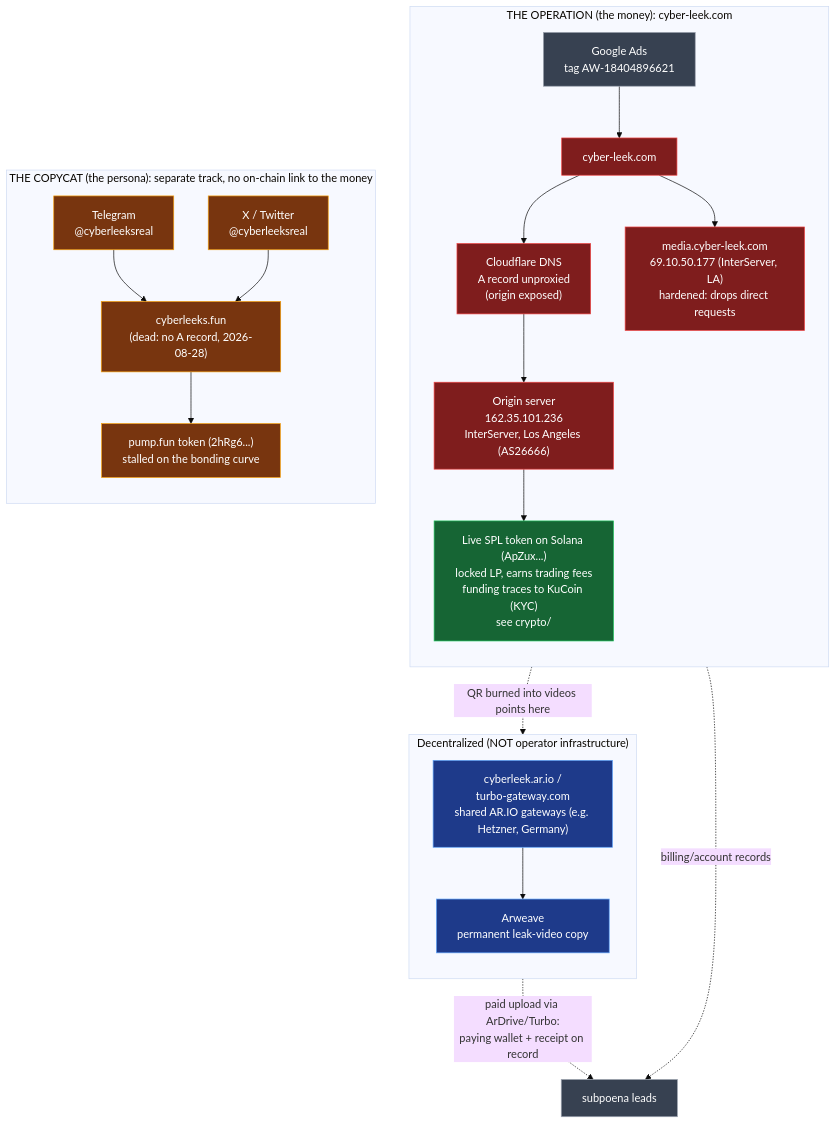
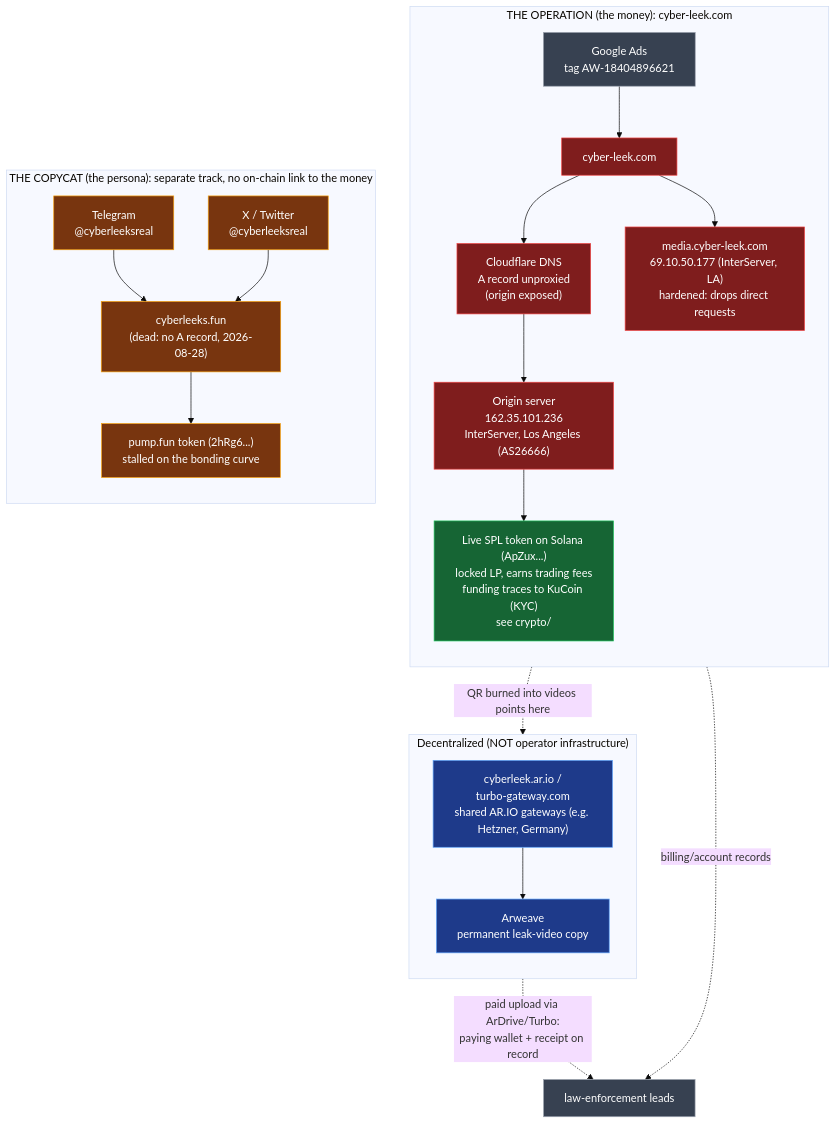
One commit to deepwoodssec/FollowTheLeek changed the diagram in infrastructure/README.md. Above: the diagram before and after it, drawn with Mermaid (base theme). The commit also changed other lines of this file and 1 other file, not shown here.

Commit message:
repo: align remaining loose 'subpoena' shorthand with the law-enforcement/records-request framing

````diff
--- a/infrastructure/README.md
+++ b/infrastructure/README.md
@@ -188,38 +188,38 @@
 ```mermaid
 flowchart TD
     subgraph OP["THE OPERATION (the money): cyber-leek.com"]
       direction TB
       ADS["Google Ads<br/>tag AW-18404896621"] --> DOM["cyber-leek.com"]
       DOM --> CF["Cloudflare DNS<br/>A record unproxied<br/>(origin exposed)"]
       CF --> ORIG["Origin server<br/>162.35.101.236<br/>InterServer, Los Angeles (AS26666)"]
       DOM --> MED["media.cyber-leek.com<br/>69.10.50.177 (InterServer, LA)<br/>hardened: drops direct requests"]
       ORIG --> TOK["Live SPL token on Solana (ApZux...)<br/>locked LP, earns trading fees<br/>funding traces to KuCoin (KYC)<br/>see crypto/"]
     end
 
     subgraph COPY["THE COPYCAT (the persona): separate track, no on-chain link to the money"]
       direction TB
       TG["Telegram<br/>@cyberleeksreal"] --> FUN["cyberleeks.fun<br/>(dead: no A record, 2026-08-28)"]
       XX["X / Twitter<br/>@cyberleeksreal"] --> FUN
       FUN --> PUMP["pump.fun token (2hRg6...)<br/>stalled on the bonding curve"]
     end
 
     subgraph NEU["Decentralized (NOT operator infrastructure)"]
       direction TB
       GW["cyberleek.ar.io /<br/>turbo-gateway.com<br/>shared AR.IO gateways (e.g. Hetzner, Germany)"] --> ARW["Arweave<br/>permanent leak-video copy"]
     end
 
     MED -. "QR burned into videos points here" .-> GW
-    ORIG -. "billing/account records" .-> LEAD["subpoena leads"]
+    ORIG -. "billing/account records" .-> LEAD["law-enforcement leads"]
     ARW -. "paid upload via ArDrive/Turbo:<br/>paying wallet + receipt on record" .-> LEAD
 
     classDef op fill:#7f1d1d,stroke:#ef4444,color:#ffffff;
     classDef copy fill:#78350f,stroke:#f59e0b,color:#ffffff;
     classDef neutral fill:#1e3a8a,stroke:#60a5fa,color:#ffffff;
     classDef money fill:#166534,stroke:#22c55e,color:#ffffff;
     classDef src fill:#374151,stroke:#9ca3af,color:#ffffff;
     class DOM,CF,ORIG,MED op;
     class TG,XX,FUN,PUMP copy;
     class GW,ARW neutral;
     class TOK money;
     class ADS,LEAD src;
 ```
````
